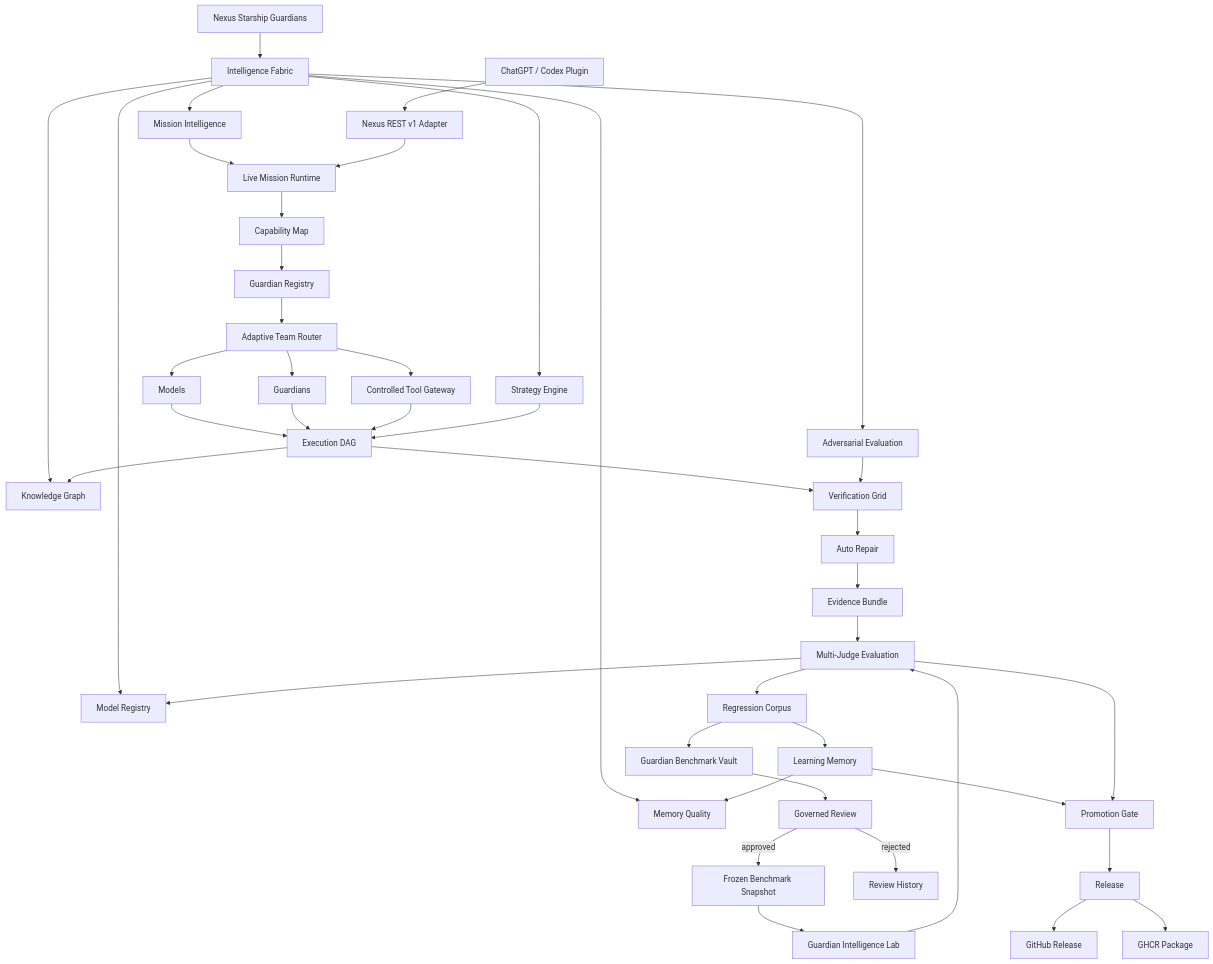
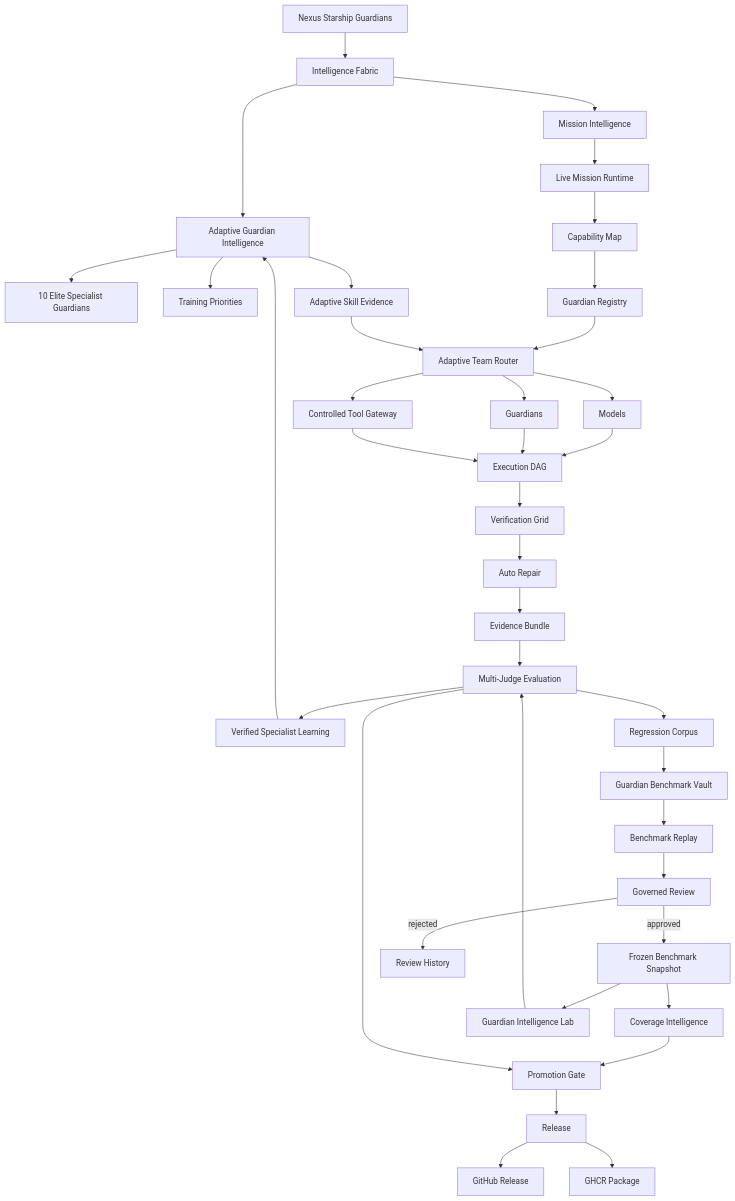
The diagram in README.md (lois4801/NEXUS-Starship-Guardians), drawn with Mermaid before and after one commit. The commit also changed other lines of this file, not shown here.

Commit message:
Refresh GitHub front page for Adaptive Guardian Intelligence v0.7.0

````diff
--- a/README.md
+++ b/README.md
@@ -69,45 +89,44 @@
 ```mermaid
 flowchart TD
     A[Nexus Starship Guardians] --> B[Intelligence Fabric]
-    B --> B1[Knowledge Graph]
-    B --> B2[Strategy Engine]
-    B --> B3[Memory Quality]
-    B --> B4[Model Registry]
-    B --> B5[Adversarial Evaluation]
+    B --> AGI[Adaptive Guardian Intelligence]
+    AGI --> ES[10 Elite Specialist Guardians]
+    AGI --> TP[Training Priorities]
+    AGI --> AS[Adaptive Skill Evidence]
+
     B --> C[Mission Intelligence]
     C --> D[Live Mission Runtime]
     D --> E[Capability Map]
     E --> F[Guardian Registry]
     F --> G[Adaptive Team Router]
+    AS --> G
     G --> H[Models]
     G --> I[Guardians]
     G --> J[Controlled Tool Gateway]
+
     H --> K[Execution DAG]
     I --> K
     J --> K
-    B2 --> K
     K --> L[Verification Grid]
-    B5 --> L
     L --> M[Auto Repair]
     M --> N[Evidence Bundle]
     N --> O[Multi-Judge Evaluation]
+
+    O --> AL[Verified Specialist Learning]
+    AL --> AGI
     O --> P[Regression Corpus]
     P --> BV[Guardian Benchmark Vault]
-    BV --> BR[Governed Review]
+    BV --> RP[Benchmark Replay]
+    RP --> BR[Governed Review]
     BR -->|approved| BS[Frozen Benchmark Snapshot]
     BR -->|rejected| RH[Review History]
+    BS --> CI[Coverage Intelligence]
     BS --> GIL[Guardian Intelligence Lab]
     GIL --> O
-    P --> Q[Learning Memory]
-    Q --> B3
-    O --> B4
-    K --> B1
-    Q --> R[Promotion Gate]
+    CI --> R[Promotion Gate]
     O --> R
     R --> S[Release]
 
-    T[ChatGPT / Codex Plugin] --> U[Nexus REST v1 Adapter]
-    U --> D
     S --> V[GitHub Release]
     S --> W[GHCR Package]
 ```
````
